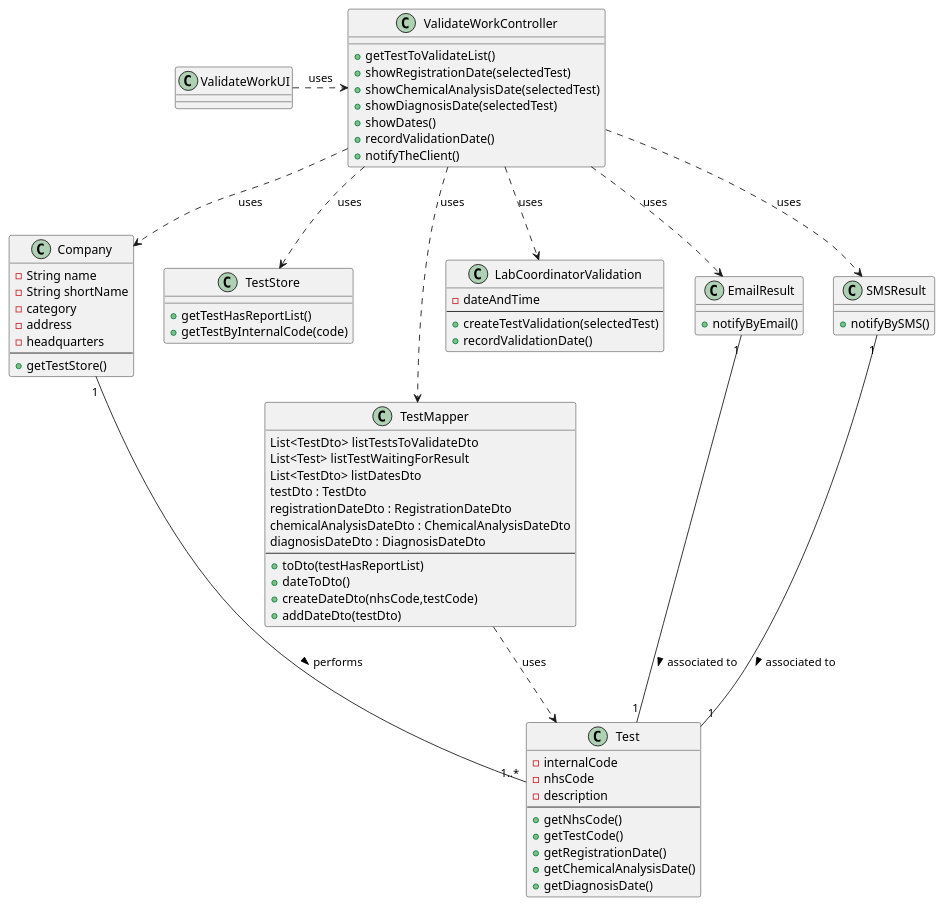
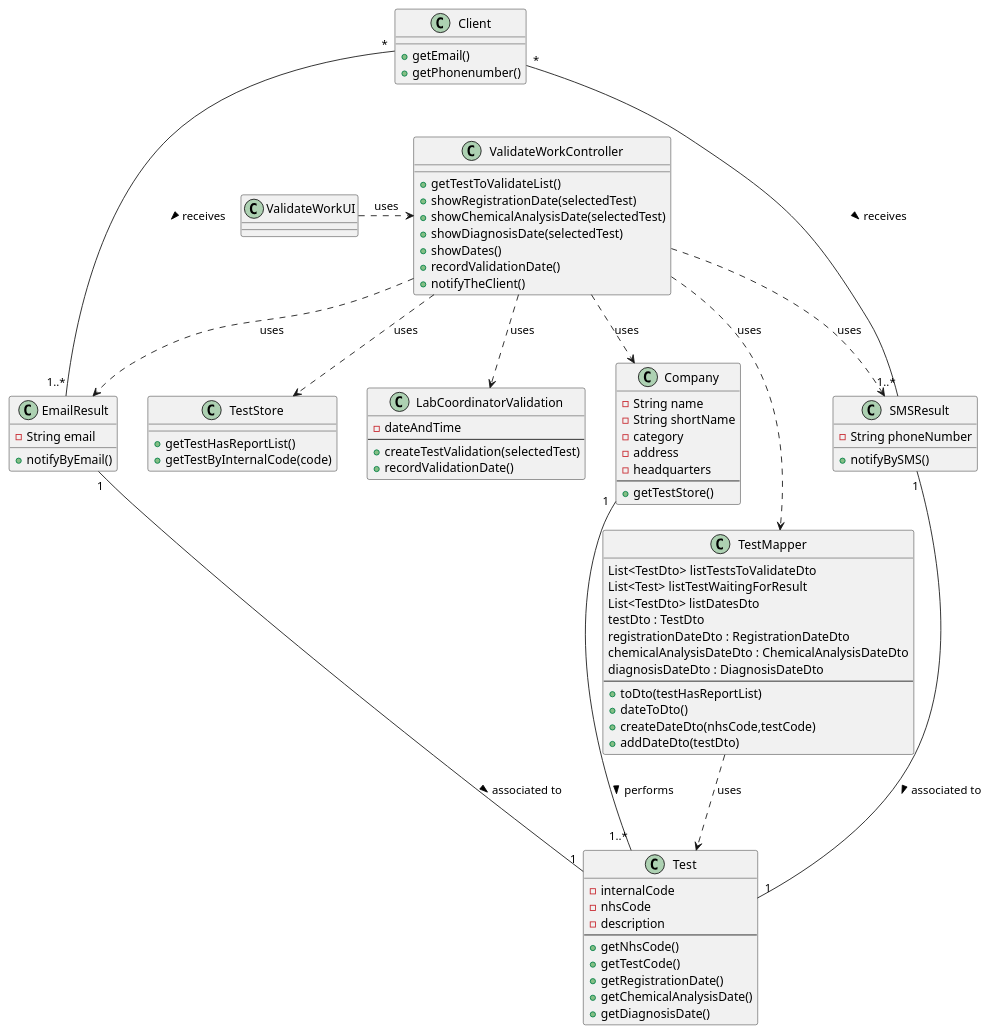
Before and after one commit to manu-07-ela/LAPR2_ISEP: the diagram in docs/SprintC/US15/US15_CD.puml, drawn with PlantUML. The commit also changed 3 other files, not shown here.

```diff
--- a/docs/SprintC/US15/US15_CD.puml
+++ b/docs/SprintC/US15/US15_CD.puml
@@ -1,93 +1,103 @@
 @startuml
 
 class ValidateWorkUI{
 }
 
 class ValidateWorkController{
 +getTestToValidateList()
 +showRegistrationDate(selectedTest)
 +showChemicalAnalysisDate(selectedTest)
 +showDiagnosisDate(selectedTest)
 +showDates()
 +recordValidationDate()
 +notifyTheClient()
 }
 
 class Company{
 -String name
 -String shortName
 -category
 -address
 -headquarters
 --
 +getTestStore()
 }
 
 class TestStore {
 +getTestHasReportList()
 +getTestByInternalCode(code)
 }
 
 class TestMapper{
 List<TestDto> listTestsToValidateDto
 List<Test> listTestWaitingForResult
 List<TestDto> listDatesDto
 testDto : TestDto
 registrationDateDto : RegistrationDateDto
 chemicalAnalysisDateDto : ChemicalAnalysisDateDto
 diagnosisDateDto : DiagnosisDateDto
 --
 +toDto(testHasReportList)
 +dateToDto()
 +createDateDto(nhsCode,testCode)
 +addDateDto(testDto)
 }
 
 
 class LabCoordinatorValidation {
 -dateAndTime
 --
 +createTestValidation(selectedTest)
 +recordValidationDate()
 }
 
 class Test{
 -internalCode
 -nhsCode
 -description
 --
 +getNhsCode()
 +getTestCode()
 +getRegistrationDate()
 +getChemicalAnalysisDate()
 +getDiagnosisDate()
 }
 
 class EmailResult{
+-String email
 +notifyByEmail()
 }
 
 class SMSResult{
+-String phoneNumber
 +notifyBySMS()
 }
+
+class Client{
++getEmail()
++getPhonenumber()
+}
+
 
 ValidateWorkUI .> ValidateWorkController : uses
 
 ValidateWorkController ..> Company : uses
 ValidateWorkController ..> TestStore : uses
 ValidateWorkController ..> TestMapper : uses
 ValidateWorkController ..> LabCoordinatorValidation : uses
 ValidateWorkController ..> EmailResult : uses
 ValidateWorkController ..> SMSResult : uses
 
+Company "1"---"1..*" Test : performs >
+
 TestMapper ..> Test : uses
-
-
-Company "1"---"1..*" Test : performs >
 
 EmailResult "1"---"1" Test : associated to >
 
 SMSResult "1"---"1" Test : associated to >
 
+Client "*"---"1..*" SMSResult : receives >
+Client "*"---"1..*" EmailResult : receives >
+
 
 @enduml
```
